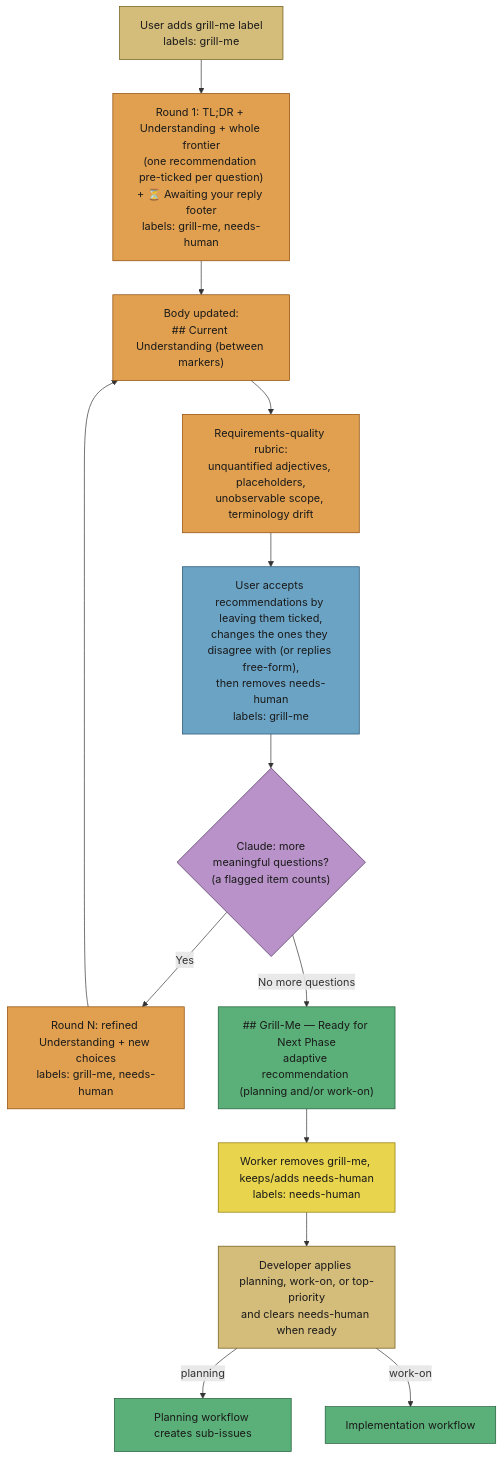
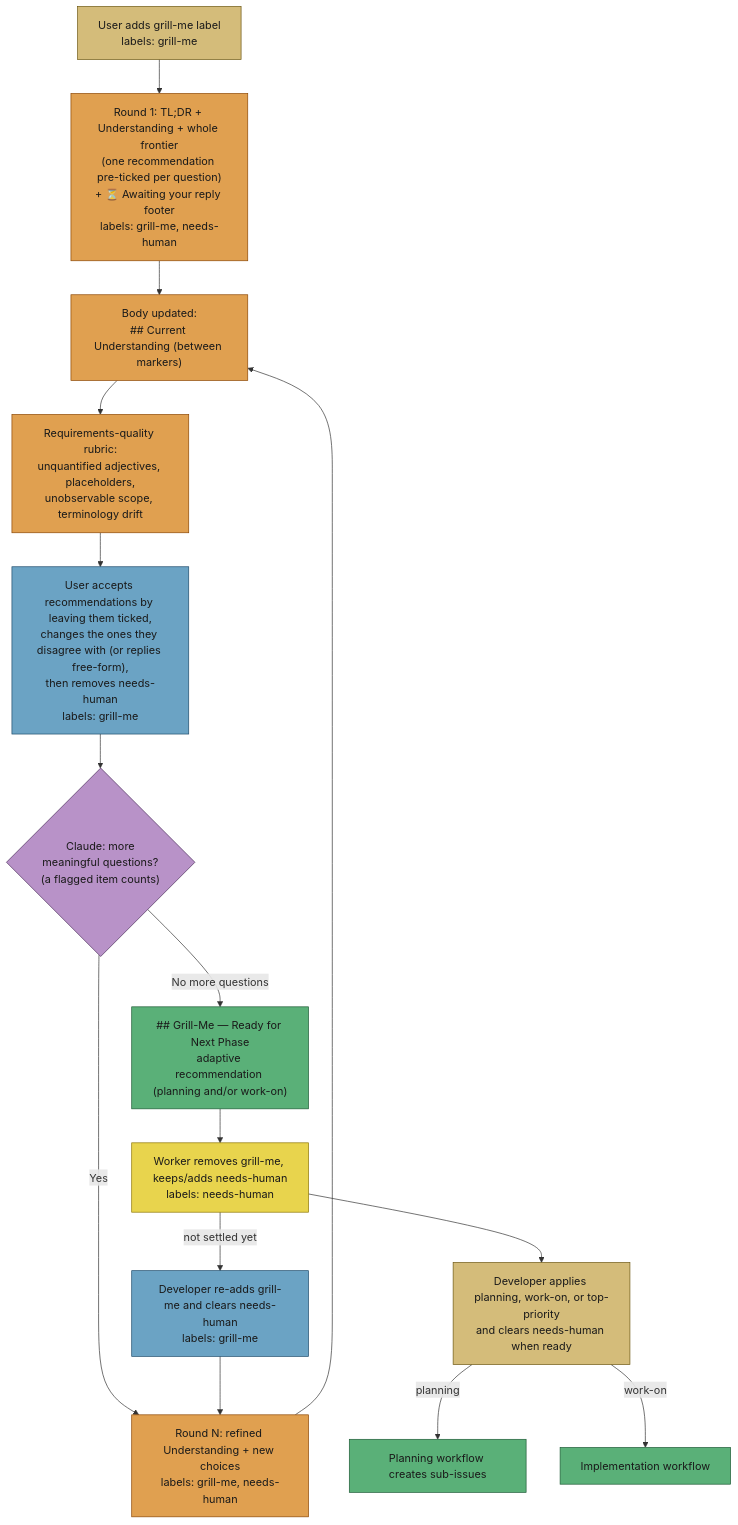
The first of 3 diagrams in docs/workflows/grill-me.md (stSoftwareAU/VibeCoder), drawn with Mermaid before and after one commit. The commit also changed other lines of this file and 4 other files, not shown here.

````diff
--- a/docs/workflows/grill-me.md
+++ b/docs/workflows/grill-me.md
@@ -73,39 +73,43 @@
 ```mermaid
 flowchart TD
   Label["User adds grill-me label<br/>labels: grill-me"]
   R1["Round 1: TL;DR + Understanding + whole frontier<br/>(one recommendation pre-ticked per question)<br/>+ ⏳ Awaiting your reply footer<br/>labels: grill-me, needs-human"]
   Body["Body updated:<br/>## Current Understanding (between markers)"]
   Rubric["Requirements-quality rubric:<br/>unquantified adjectives, placeholders,<br/>unobservable scope, terminology drift"]
   Reply["User accepts recommendations by leaving them ticked,<br/>changes the ones they disagree with (or replies free-form),<br/>then removes needs-human<br/>labels: grill-me"]
   Done{"Claude: more<br/>meaningful questions?<br/>(a flagged item counts)"}
   RN["Round N: refined Understanding + new choices<br/>labels: grill-me, needs-human"]
   Final["## Grill-Me — Ready for Next Phase<br/>adaptive recommendation (planning and/or work-on)"]
   Rm["Worker removes grill-me, keeps/adds needs-human<br/>labels: needs-human"]
   Dev["Developer applies planning, work-on, or top-priority<br/>and clears needs-human when ready"]
+  Reopen["Developer re-adds grill-me and clears needs-human<br/>labels: grill-me"]
   Plan["Planning workflow creates sub-issues"]
   Work["Implementation workflow"]
   Label --> R1
   R1 --> Body
   Body --> Rubric
   Rubric --> Reply
   Reply --> Done
   Done -->|Yes| RN
   RN --> Body
   Done -->|No more questions| Final
   Final --> Rm
   Rm --> Dev
+  Rm -->|not settled yet| Reopen
+  Reopen --> RN
   Dev -->|planning| Plan
   Dev -->|work-on| Work
   style Label fill:#d4bc7a,stroke:#6b5510,color:#1a1a1a
   style R1 fill:#e0a050,stroke:#8b4500,color:#1a1a1a
   style Body fill:#e0a050,stroke:#8b4500,color:#1a1a1a
   style Rubric fill:#e0a050,stroke:#8b4500,color:#1a1a1a
   style Reply fill:#6ba3c4,stroke:#1d4a6a,color:#1a1a1a
   style Done fill:#b892c8,stroke:#4a2d5a,color:#1a1a1a
   style RN fill:#e0a050,stroke:#8b4500,color:#1a1a1a
   style Final fill:#5ab078,stroke:#1d5a35,color:#1a1a1a
   style Rm fill:#e8d44d,stroke:#8b7500,color:#1a1a1a
   style Dev fill:#d4bc7a,stroke:#6b5510,color:#1a1a1a
+  style Reopen fill:#6ba3c4,stroke:#1d4a6a,color:#1a1a1a
   style Plan fill:#5ab078,stroke:#1d5a35,color:#1a1a1a
   style Work fill:#5ab078,stroke:#1d5a35,color:#1a1a1a
 ```
````
